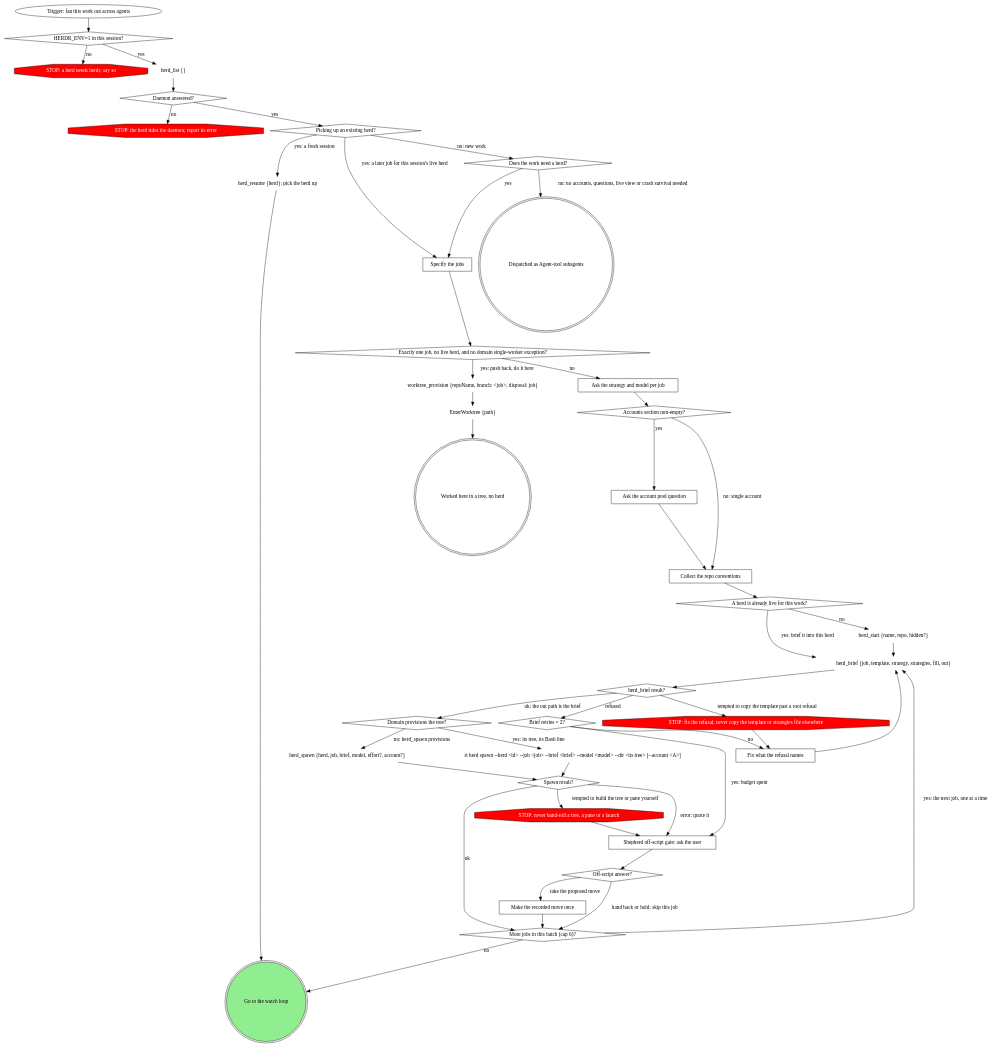
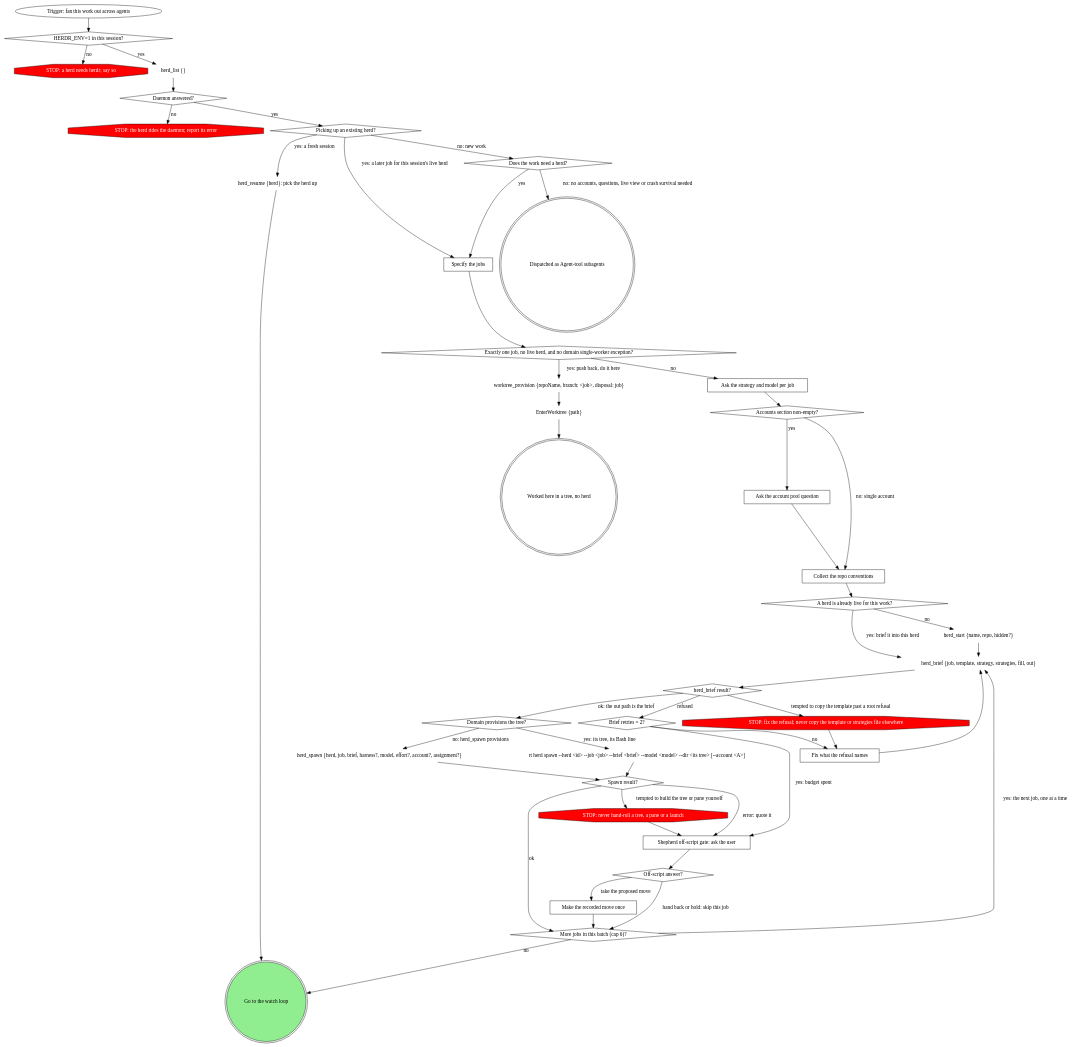
Before and after one commit to m4ttstack/mattstack: the first of 3 diagrams in plugins/mattstack/attachments/orchestration/shepherdr/SKILL.md, drawn with Graphviz. The commit also changed other lines of this file and 29 other files, not shown here.

```diff
--- a/plugins/mattstack/attachments/orchestration/shepherdr/SKILL.md
+++ b/plugins/mattstack/attachments/orchestration/shepherdr/SKILL.md
@@ -104,7 +106,7 @@
     "Fix what the refusal names" [shape=box];
     "STOP: fix the refusal; never copy the template or strategies file elsewhere" [shape=octagon style=filled fillcolor=red fontcolor=white];
     "Domain provisions the tree?" [shape=diamond];
-    "herd_spawn {herd, job, brief, model, effort?, account?}" [shape=plaintext];
+    "herd_spawn {herd, job, brief, harness?, model, effort?, account?, assignment?}" [shape=plaintext];
     "rt herd spawn --herd <id> --job <job> --brief <brief> --model <model> --dir <its tree> [--account <A>]" [shape=plaintext]; // <!-- mcp-lint: allow -->
     "Spawn result?" [shape=diamond];
     "STOP: never hand-roll a tree, a pane or a launch" [shape=octagon style=filled fillcolor=red fontcolor=white];
@@ -147,9 +149,9 @@
     "Brief retries = 2?" -> "Fix what the refusal names" [label="no"];
     "Brief retries = 2?" -> "Shepherd off-script gate: ask the user" [label="yes: budget spent"];
     "Fix what the refusal names" -> "herd_brief {job, template, strategy, strategies, fill, out}";
-    "Domain provisions the tree?" -> "herd_spawn {herd, job, brief, model, effort?, account?}" [label="no: herd_spawn provisions"];
+    "Domain provisions the tree?" -> "herd_spawn {herd, job, brief, harness?, model, effort?, account?, assignment?}" [label="no: herd_spawn provisions"];
     "Domain provisions the tree?" -> "rt herd spawn --herd <id> --job <job> --brief <brief> --model <model> --dir <its tree> [--account <A>]" [label="yes: its tree, its Bash line"]; // <!-- mcp-lint: allow -->
-    "herd_spawn {herd, job, brief, model, effort?, account?}" -> "Spawn result?";
+    "herd_spawn {herd, job, brief, harness?, model, effort?, account?, assignment?}" -> "Spawn result?";
     "rt herd spawn --herd <id> --job <job> --brief <brief> --model <model> --dir <its tree> [--account <A>]" -> "Spawn result?"; // <!-- mcp-lint: allow -->
     "Spawn result?" -> "More jobs in this batch (cap 6)?" [label="ok"];
     "Spawn result?" -> "Shepherd off-script gate: ask the user" [label="error: quote it"];
```
